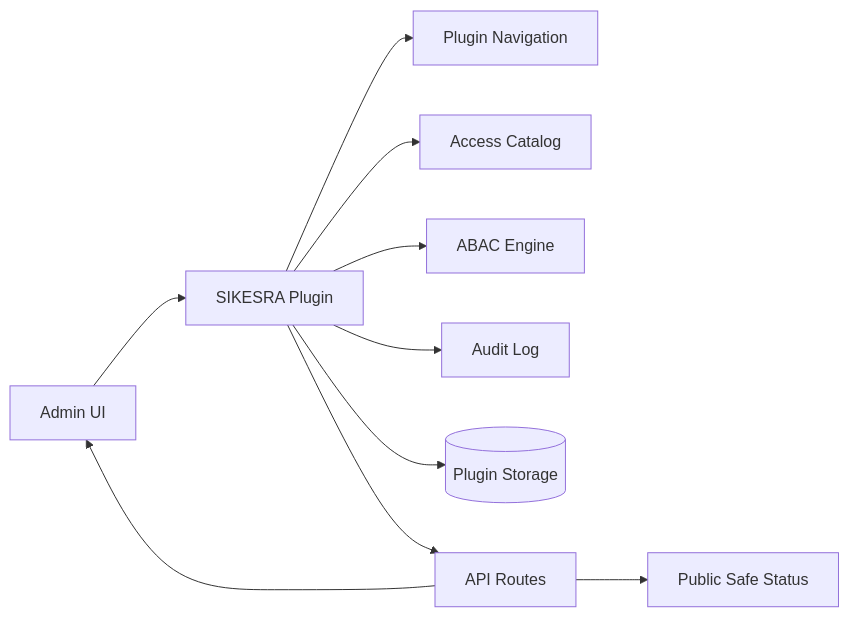
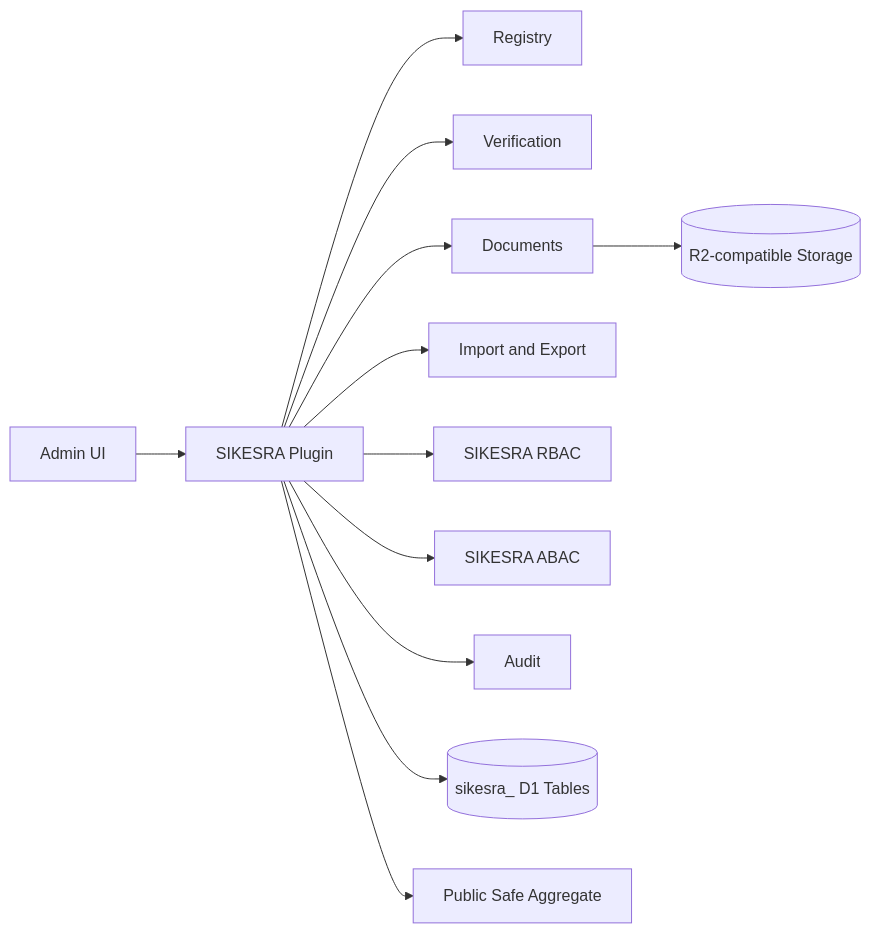
The first of 2 diagrams in awcmsmicro-dev/packages/plugins/awcms-micro-sikesra/docs/TECHNICAL_PRD.md (ahliweb/awcms-micro), drawn with Mermaid before and after one commit. The commit also changed other lines of this file, not shown here.

Commit message:
docs: align SIKESRA technical PRD with implementation issues

````diff
--- a/awcmsmicro-dev/packages/plugins/awcms-micro-sikesra/docs/TECHNICAL_PRD.md
+++ b/awcmsmicro-dev/packages/plugins/awcms-micro-sikesra/docs/TECHNICAL_PRD.md
@@ -23,12 +23,14 @@
 ```mermaid
 flowchart LR
   Admin[Admin UI] --> Plugin[SIKESRA Plugin]
-  Plugin --> Nav[Plugin Navigation]
-  Plugin --> Access[Access Catalog]
-  Plugin --> ABAC[ABAC Engine]
-  Plugin --> Audit[Audit Log]
-  Plugin --> Store[(Plugin Storage)]
-  Plugin --> Routes[API Routes]
-  Routes --> Admin
-  Routes --> Public[Public Safe Status]
+  Plugin --> Registry[Registry]
+  Plugin --> Verification[Verification]
+  Plugin --> Documents[Documents]
+  Plugin --> ImportExport[Import and Export]
+  Plugin --> RBAC[SIKESRA RBAC]
+  Plugin --> ABAC[SIKESRA ABAC]
+  Plugin --> Audit[Audit]
+  Plugin --> D1[(sikesra_ D1 Tables)]
+  Plugin --> Public[Public Safe Aggregate]
+  Documents --> R2[(R2-compatible Storage)]
 ```
````
